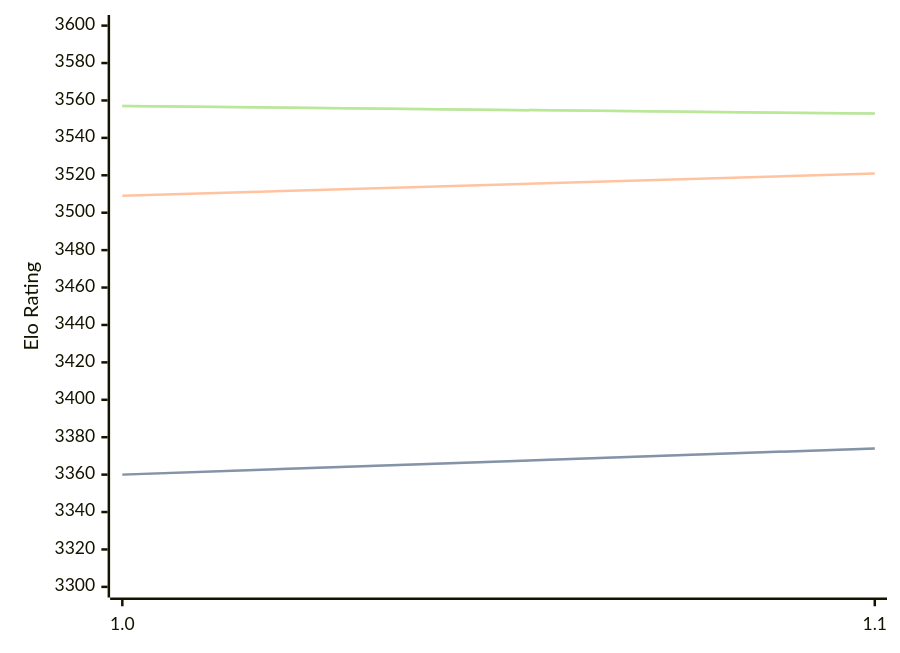
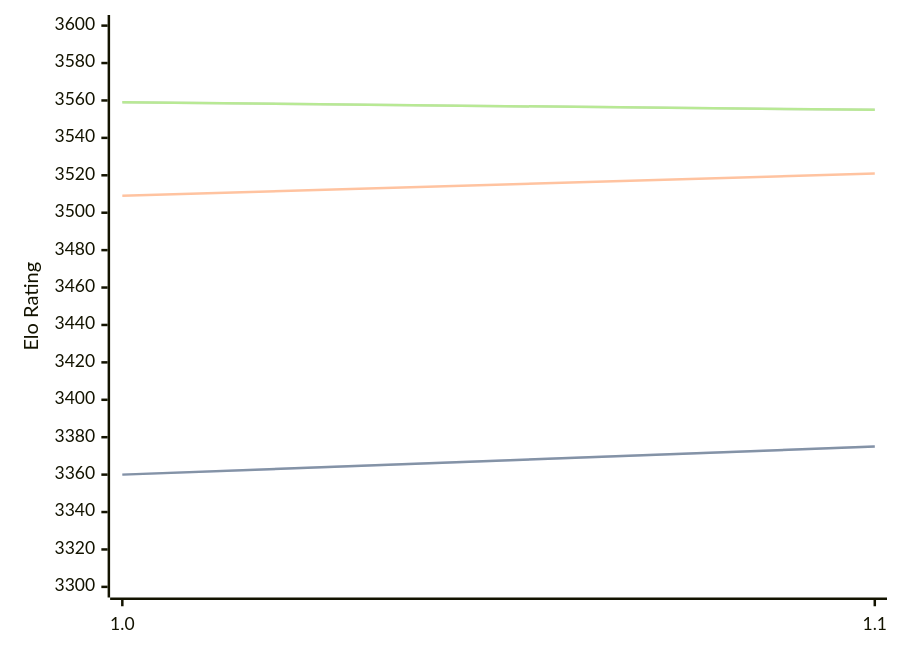
The diagram in engines/Horsie.md (computer-chess-index/cci), drawn with Mermaid before and after one commit. The commit also changed other lines of this file, not shown here.

Commit message:
Update CCI Ratings (ELO VLTC) - 2026-04-05

````diff
--- a/engines/Horsie.md
+++ b/engines/Horsie.md
@@ -32,11 +32,11 @@
 ```mermaid
 %%{init: {"theme":"base","themeVariables":{"seriesColors:['#a3a3a3','#222221','#faa371']}}}%%
 xychart-beta
   x-axis ["1.0", "1.1"]
   y-axis "Elo Rating" 3300 --> 3600
-  line "STC (8.0+0.08s)" [3360, 3374]
-  line "STC (8.0+0.08s)" [3360, 3374]
+  line "STC (8.0+0.08s)" [3360, 3375]
+  line "STC (8.0+0.08s)" [3360, 3375]
   line "LTC (60.0+0.60s)" [3509, 3521]
-  line "VLTC (2m24s+1.12s)" [3557, 3553]
-  line "VLTC (2m24s+1.12s)" [3557, 3553]
+  line "VLTC (2m24s+1.12s)" [3559, 3555]
+  line "VLTC (2m24s+1.12s)" [3559, 3555]
 ```
````
